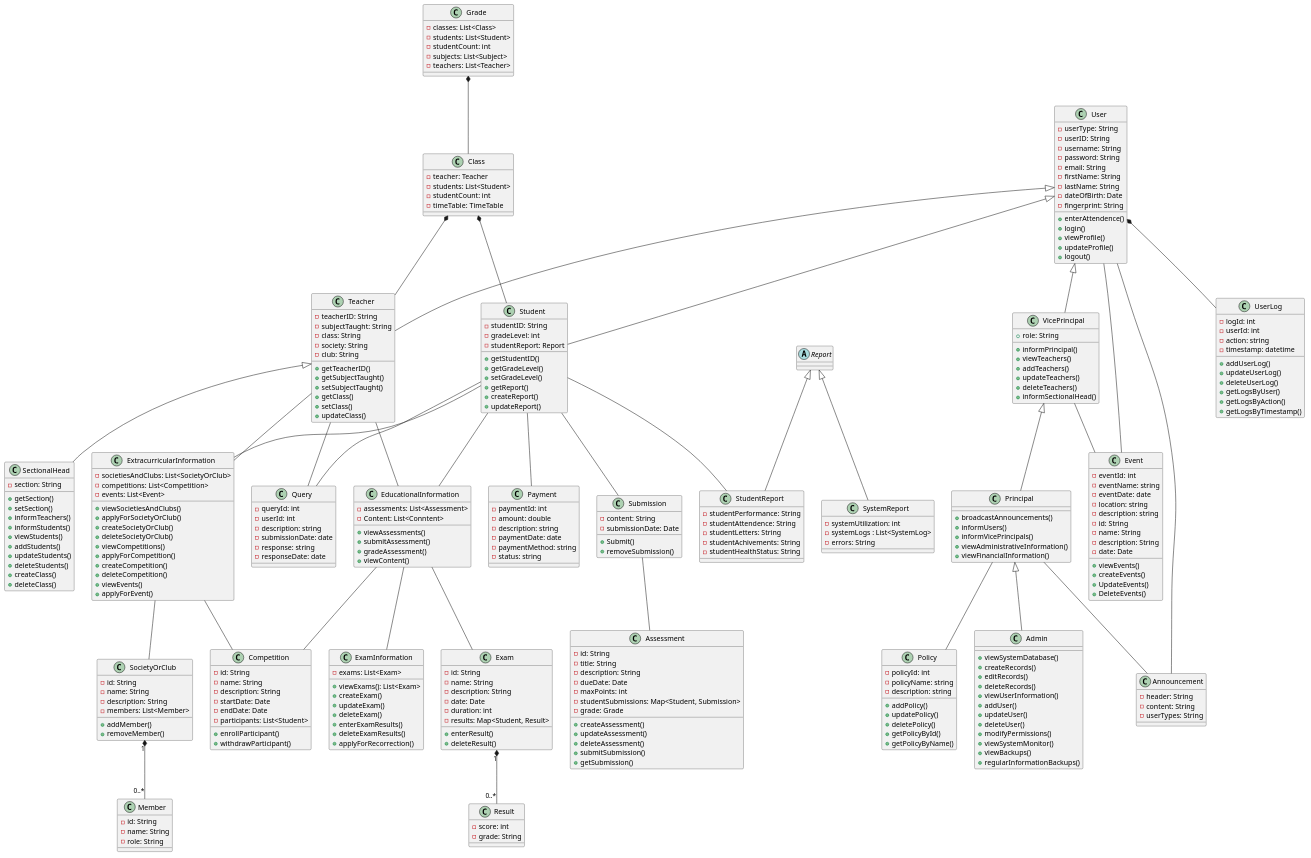
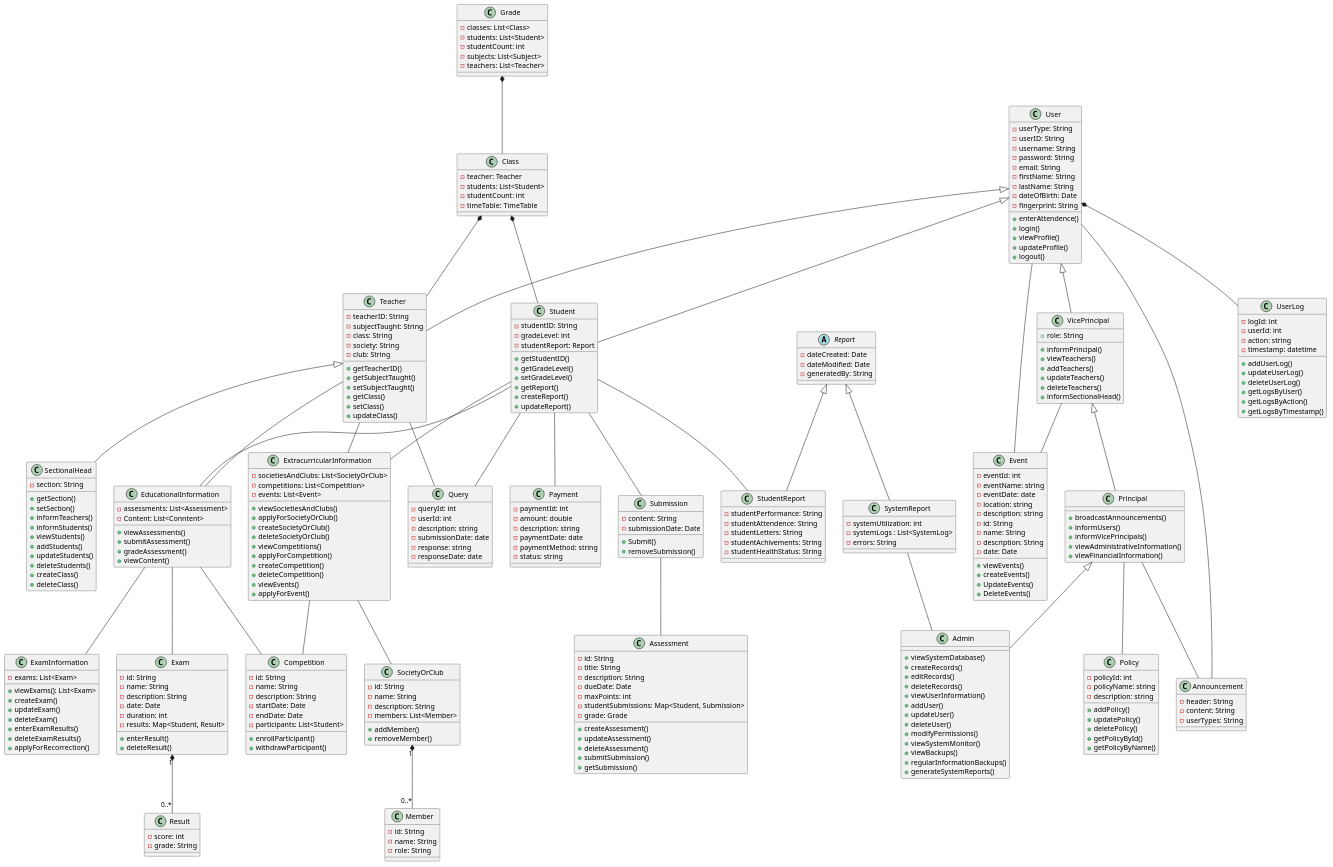
Before and after one commit to AdithyaSean/School-Management-System: the diagram in School Management System Class Diagram.puml, drawn with PlantUML.

```diff
--- a/School Management System Class Diagram.puml
+++ b/School Management System Class Diagram.puml
@@ -88,6 +88,7 @@
   + viewSystemMonitor()
   + viewBackups()
   + regularInformationBackups()
+  + generateSystemReports()
 }
 
 class Payment {
@@ -273,6 +274,9 @@
 }
 
 abstract class Report {
+  - dateCreated: Date
+  - dateModified: Date
+  - generatedBy: String
 }
 
 class StudentReport {
@@ -300,6 +304,7 @@
 Report <|-- StudentReport
 Report <|-- SystemReport
 
+SystemReport -- Admin
 SocietyOrClub "1" *-- "0..*" Member
 EducationalInformation -- Exam
 Exam "1" *-- "0..*" Result
```
